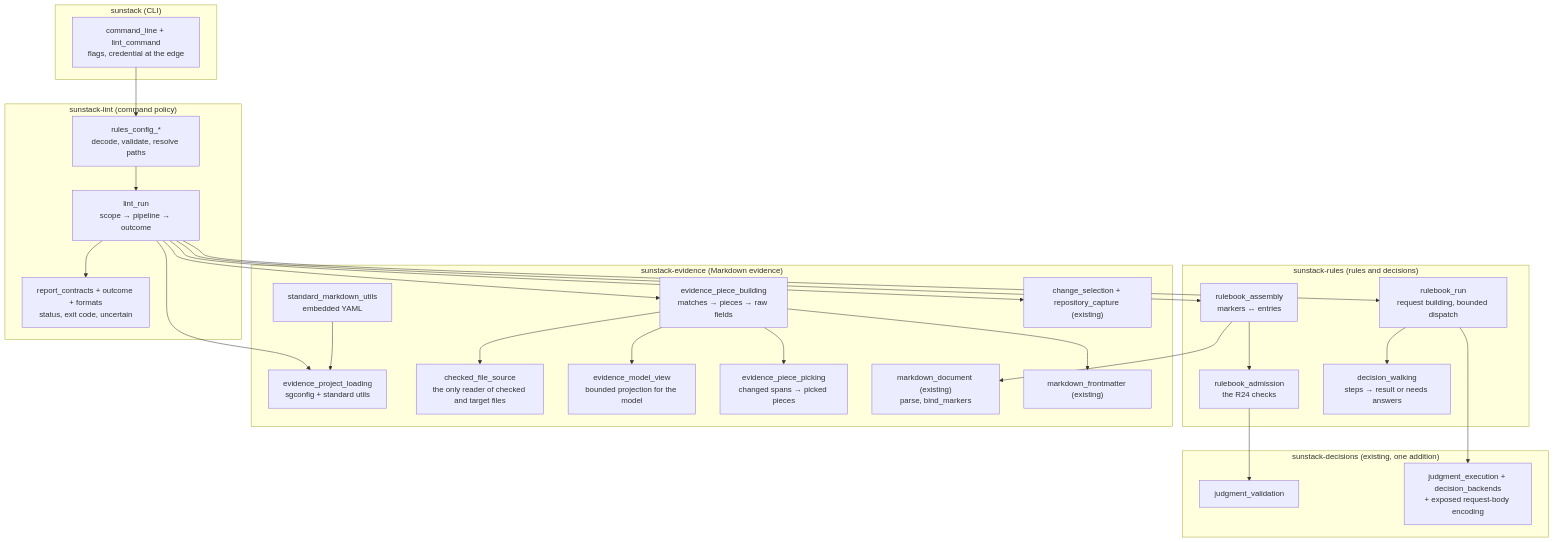
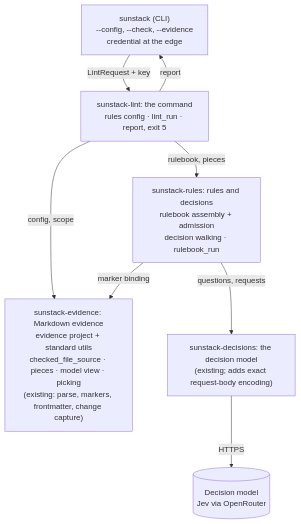
The first of 2 diagrams in docs/specs/2026-10-29-skill-rules-evidence-and-decisions/program-design.md (ShravanSunder/sunstack-tools), drawn with Mermaid before and after one commit. The commit also changed other lines of this file and 1 other file, not shown here.

Commit message:
docs(specs): skill rules design, readable views and R12 alignment
Entity map top to bottom; component view at crate level with module
detail left to the components table; five-participant sequence; shorter
edge label. R12: an oversize model view makes asking paths incomplete
while mechanical steps still read raw fields, matching Program Design.

````diff
--- a/docs/specs/2026-10-29-skill-rules-evidence-and-decisions/program-design.md
+++ b/docs/specs/2026-10-29-skill-rules-evidence-and-decisions/program-design.md
@@ -9,46 +9,16 @@
 ```mermaid
 flowchart TB
-  subgraph cli["sunstack (CLI)"]
-    cmd["command_line + lint_command<br/>flags, credential at the edge"]
-  end
-  subgraph lint["sunstack-lint (command policy)"]
-    cfg["rules_config_*<br/>decode, validate, resolve paths"]
-    run["lint_run<br/>scope → pipeline → outcome"]
-    rep["report_contracts + outcome + formats<br/>status, exit code, uncertain"]
-  end
-  subgraph rules["sunstack-rules (rules and decisions)"]
-    asm["rulebook_assembly<br/>markers ↔ entries"]
-    adm["rulebook_admission<br/>the R24 checks"]
-    walk["decision_walking<br/>steps → result or needs answers"]
-    exe["rulebook_run<br/>request building, bounded dispatch"]
-  end
-  subgraph evidence["sunstack-evidence (Markdown evidence)"]
-    proj["evidence_project_loading<br/>sgconfig + standard utils"]
-    std["standard_markdown_utils<br/>embedded YAML"]
-    src["checked_file_source<br/>the only reader of checked and target files"]
-    build["evidence_piece_building<br/>matches → pieces → raw fields"]
-    cut["evidence_model_view<br/>bounded projection for the model"]
-    pick["evidence_piece_picking<br/>changed spans → picked pieces"]
-    md["markdown_document (existing)<br/>parse, bind_markers"]
-    fm["markdown_frontmatter (existing)"]
-    chg["change_selection + repository_capture (existing)"]
-  end
-  subgraph decisions["sunstack-decisions (existing, one addition)"]
-    jv["judgment_validation"]
-    je["judgment_execution + decision_backends<br/>+ exposed request-body encoding"]
-  end
-  cmd --> cfg --> run
-  run --> proj
-  std --> proj
-  run --> asm --> adm
-  asm --> md
-  adm --> jv
-  run --> chg
-  run --> build --> cut
-  build --> src
-  build --> fm
-  build --> pick
-  run --> exe --> walk
-  exe --> je
-  run --> rep
+  cli["sunstack (CLI)<br/>--config, --check, --evidence<br/>credential at the edge"]
+  lint["sunstack-lint: the command<br/>rules config · lint_run · report, exit 5"]
+  rules["sunstack-rules: rules and decisions<br/>rulebook assembly + admission<br/>decision walking · rulebook_run"]
+  evidence["sunstack-evidence: Markdown evidence<br/>evidence project + standard utils<br/>checked_file_source · pieces · model view · picking<br/>(existing: parse, markers, frontmatter, change capture)"]
+  decisions["sunstack-decisions: the decision model<br/>(existing; adds exact request-body encoding)"]
+  model[("Decision model<br/>Jev via OpenRouter")]
+  cli -->|"LintRequest + key"| lint
+  lint -->|"config, scope"| evidence
+  lint -->|"rulebook, pieces"| rules
+  rules -->|"marker binding"| evidence
+  rules -->|"questions, requests"| decisions
+  decisions -->|"HTTPS"| model
+  lint -->|"report"| cli
 ```
````
